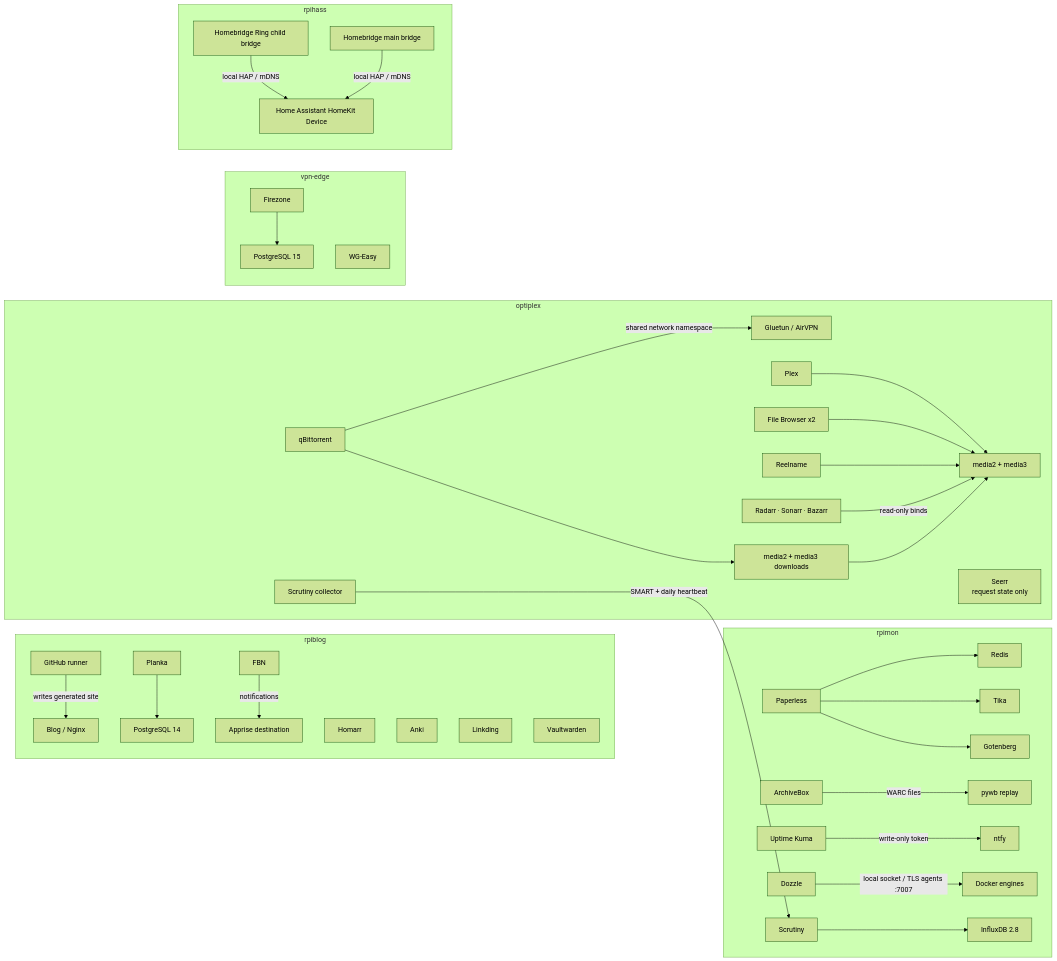
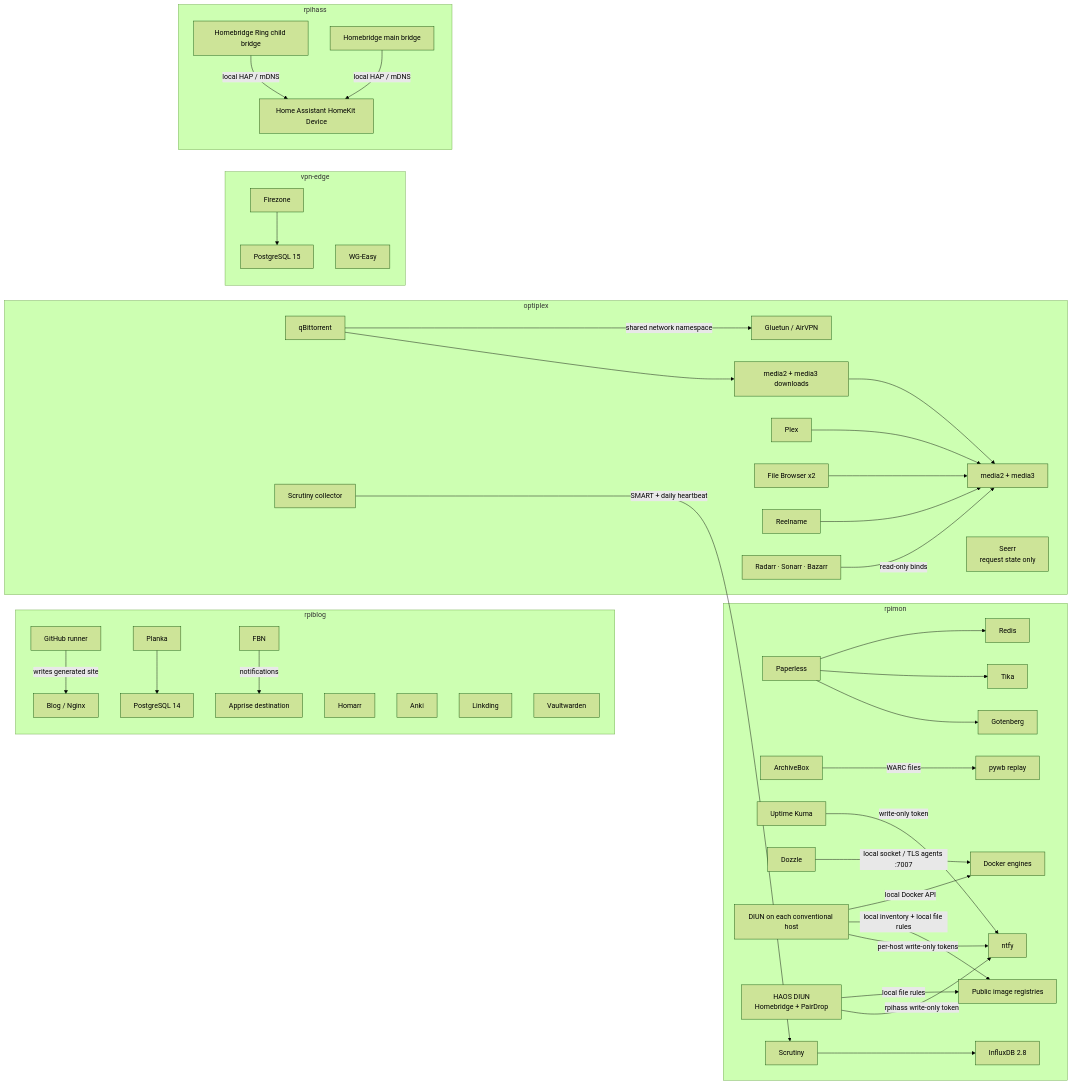
Before and after one commit to viseshrp/homelab: the second of 2 diagrams in docs/architecture.md, drawn with Mermaid (forest theme). The commit also changed other lines of this file and 29 other files, not shown here.

Commit message:
Add distributed DIUN image monitoring

````diff
--- a/docs/architecture.md
+++ b/docs/architecture.md
@@ -47,44 +47,51 @@
 ```mermaid
 flowchart LR
+    registries["Public image registries"]
+
     subgraph web["rpiblog"]
         runner["GitHub runner"] -->|"writes generated site"| blog["Blog / Nginx"]
         planka["Planka"] --> plankaDb["PostgreSQL 14"]
         homarr["Homarr"]
         anki["Anki"]
         linkding["Linkding"]
         vaultwarden["Vaultwarden"]
         fbn["FBN"] -->|"notifications"| apprise["Apprise destination"]
     end
 
     subgraph observability["rpimon"]
         paperless["Paperless"] --> redis["Redis"]
         paperless --> tika["Tika"]
         paperless --> gotenberg["Gotenberg"]
         archivebox["ArchiveBox"] -->|"WARC files"| pywb["pywb replay"]
         kuma["Uptime Kuma"] -->|"write-only token"| ntfy["ntfy"]
         dozzle["Dozzle"] -->|"local socket / TLS agents :7007"| dockerHosts["Docker engines"]
+        diun["DIUN on each conventional host"] -->|"local Docker API"| dockerHosts
+        diun -->|"local inventory + local file rules"| registries
+        diun -->|"per-host write-only tokens"| ntfy
+        haosDiun["HAOS DIUN<br/>Homebridge + PairDrop"] -->|"local file rules"| registries
+        haosDiun -->|"rpihass write-only token"| ntfy
         scrutiny["Scrutiny"] --> scrutinyDb["InfluxDB 2.8"]
     end
 
     subgraph media["optiplex"]
         qbit["qBittorrent"] -->|"shared network namespace"| gluetun["Gluetun / AirVPN"]
         qbit --> downloads["media2 + media3 downloads"]
         plex["Plex"] --> mediaTrees["media2 + media3"]
         filebrowser["File Browser x2"] --> mediaTrees
         reelname["Reelname"] --> mediaTrees
         mediaManagers["Radarr · Sonarr · Bazarr"] -->|"read-only binds"| mediaTrees
         seerr["Seerr<br/>request state only"]
         scrutinyCollector["Scrutiny collector"] -->|"SMART + daily heartbeat"| scrutiny
         downloads --> mediaTrees
     end
 
     subgraph remote["vpn-edge"]
         firezone["Firezone"] --> firezoneDb["PostgreSQL 15"]
         wgeasy["WG-Easy"]
     end
 
     subgraph automation["rpihass"]
         ringPlugin["Homebridge Ring child bridge"] -->|"local HAP / mDNS"| homeAssistant["Home Assistant HomeKit Device"]
         homebridge["Homebridge main bridge"] -->|"local HAP / mDNS"| homeAssistant
     end
 ```
````
